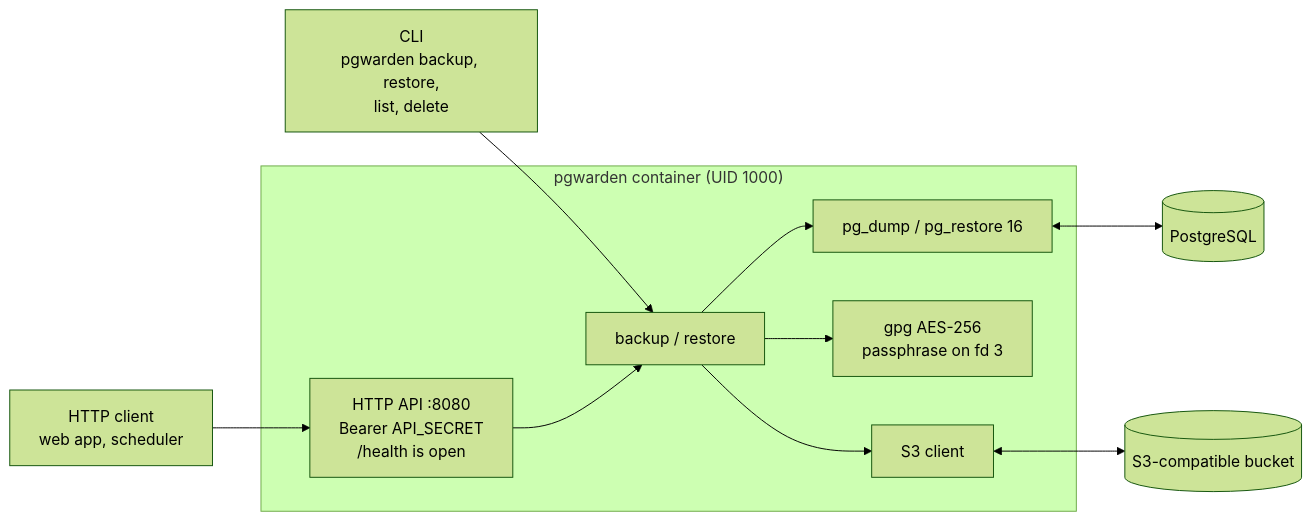
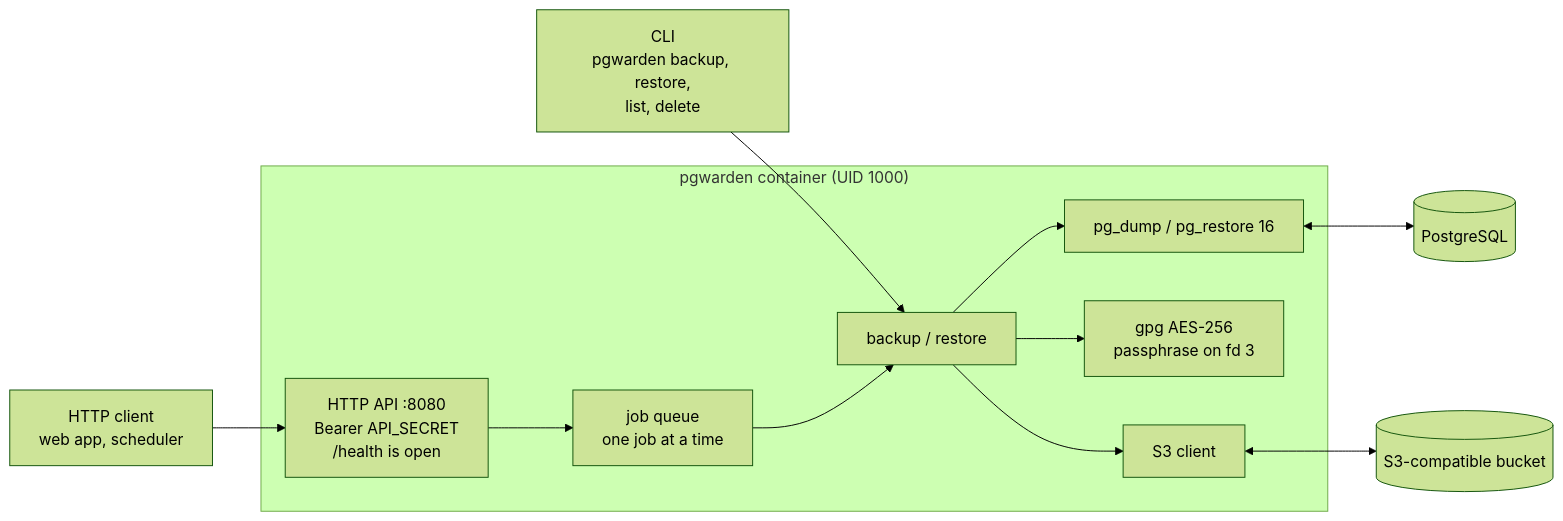
One commit to rfqma/pgwarden changed the first of 3 diagrams in README.md. Above: the diagram before and after it, drawn with Mermaid (forest theme). The commit also changed other lines of this file and 3 other files, not shown here.

First line of the commit message:
feat!: run API backups and restores as background jobs

````diff
--- a/README.md
+++ b/README.md
@@ -265,22 +304,23 @@
 ```mermaid
 flowchart LR
     cli["CLI<br/>pgwarden backup, restore,<br/>list, delete"]
     http["HTTP client<br/>web app, scheduler"]
 
     subgraph container["pgwarden container (UID 1000)"]
         api["HTTP API :8080<br/>Bearer API_SECRET<br/>/health is open"]
+        jobs["job queue<br/>one job at a time"]
         core["backup / restore"]
         tools["pg_dump / pg_restore 16"]
         gpg["gpg AES-256<br/>passphrase on fd 3"]
         store["S3 client"]
     end
 
     pg[("PostgreSQL")]
     s3[("S3-compatible bucket")]
 
     cli --> core
-    http --> api --> core
+    http --> api --> jobs --> core
     core --> tools <--> pg
     core --> gpg
     core --> store <--> s3
 ```
````
